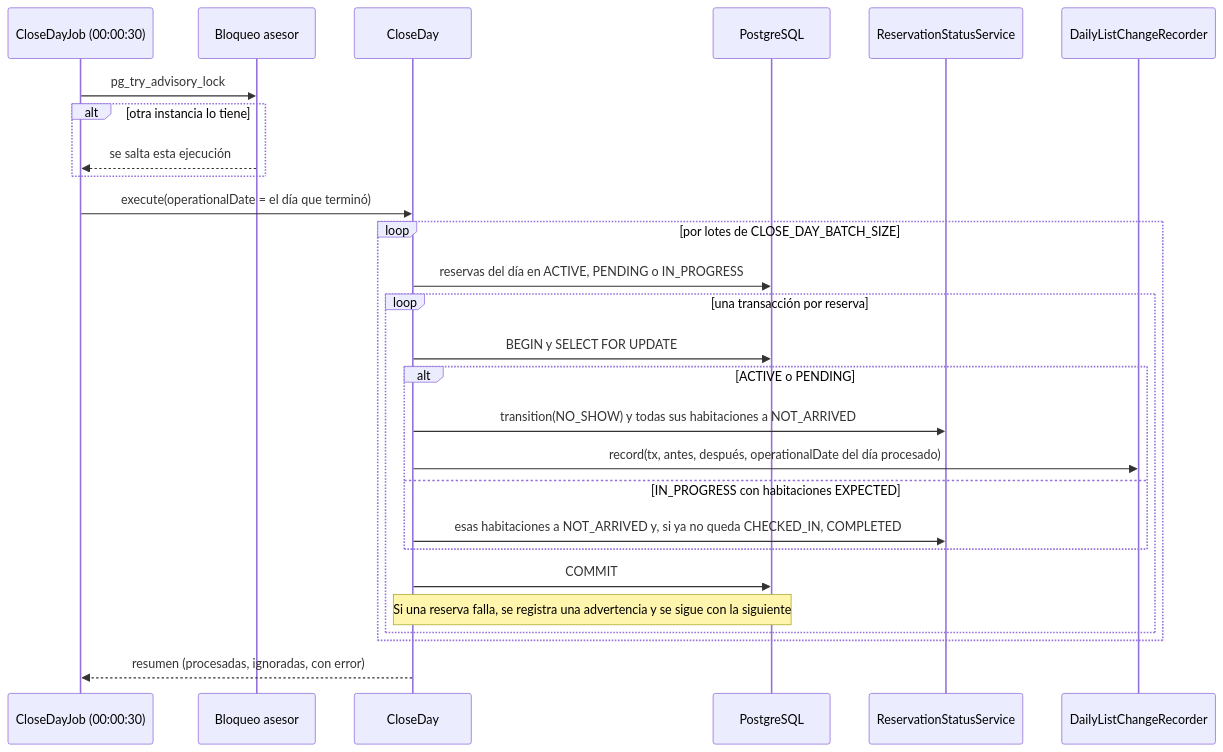
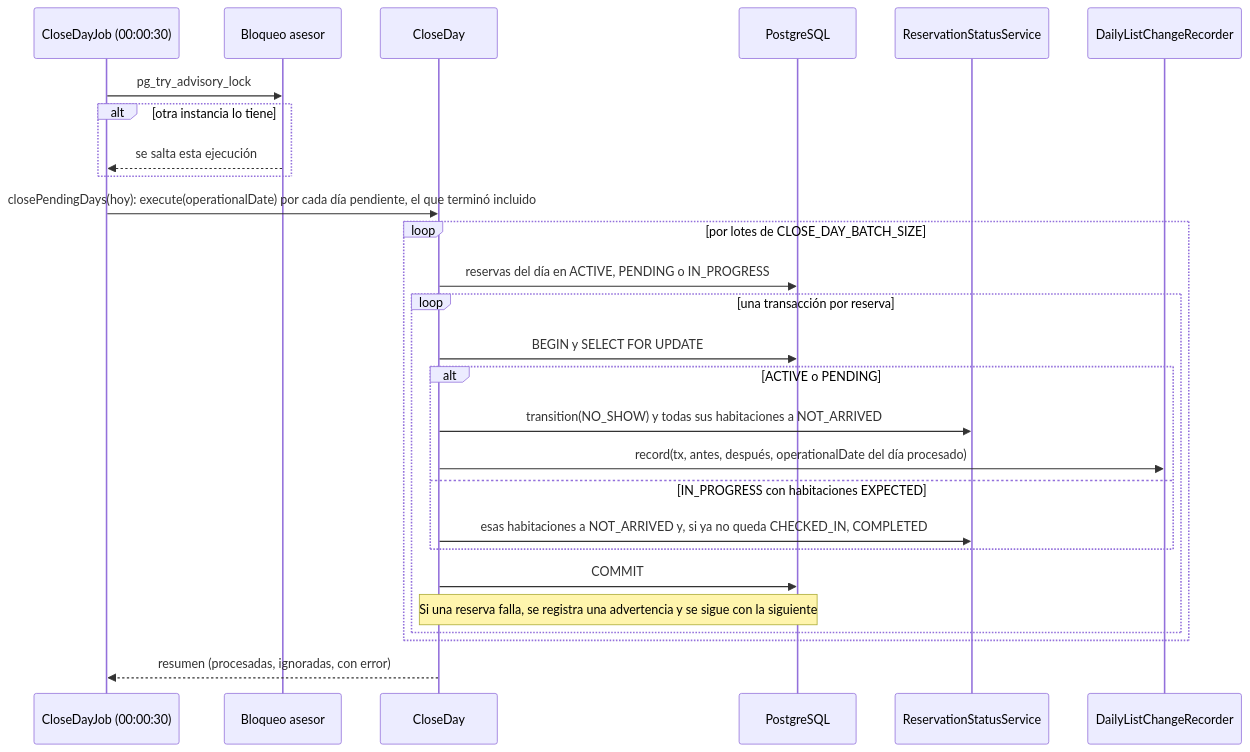
The fifth of 5 diagrams in specs/update-reservation/plan.md (Lapicero312-lapi/HOSPITUA-MOD-2), drawn with Mermaid before and after one commit. The commit also changed other lines of this file, not shown here.

First line of the commit message:
docs(plan): CloseDayJob, la recuperación de los días pendientes y las alertas de zona horaria y de la base de datos (T022 de update-reservation)

````diff
--- a/specs/update-reservation/plan.md
+++ b/specs/update-reservation/plan.md
@@ -709,30 +709,30 @@
 ```mermaid
 sequenceDiagram
     participant J as CloseDayJob (00:00:30)
     participant A as Bloqueo asesor
     participant U as CloseDay
     participant DB as PostgreSQL
     participant S as ReservationStatusService
     participant L as DailyListChangeRecorder
 
     J->>A: pg_try_advisory_lock
     alt otra instancia lo tiene
         A-->>J: se salta esta ejecución
     end
-    J->>U: execute(operationalDate = el día que terminó)
+    J->>U: closePendingDays(hoy): execute(operationalDate) por cada día pendiente, el que terminó incluido
     loop por lotes de CLOSE_DAY_BATCH_SIZE
         U->>DB: reservas del día en ACTIVE, PENDING o IN_PROGRESS
         loop una transacción por reserva
             U->>DB: BEGIN y SELECT FOR UPDATE
             alt ACTIVE o PENDING
                 U->>S: transition(NO_SHOW) y todas sus habitaciones a NOT_ARRIVED
                 U->>L: record(tx, antes, después, operationalDate del día procesado)
             else IN_PROGRESS con habitaciones EXPECTED
                 U->>S: esas habitaciones a NOT_ARRIVED y, si ya no queda CHECKED_IN, COMPLETED
             end
             U->>DB: COMMIT
             Note over U,DB: Si una reserva falla, se registra una advertencia y se sigue con la siguiente
         end
     end
     U-->>J: resumen (procesadas, ignoradas, con error)
 ```
````
